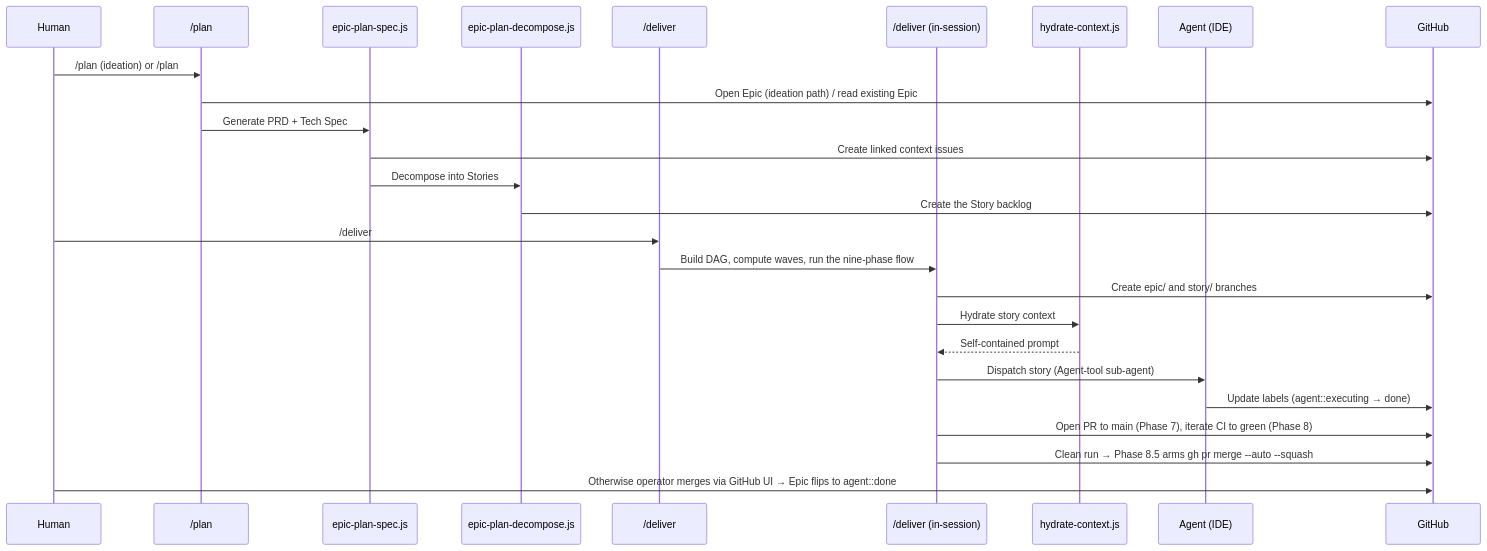
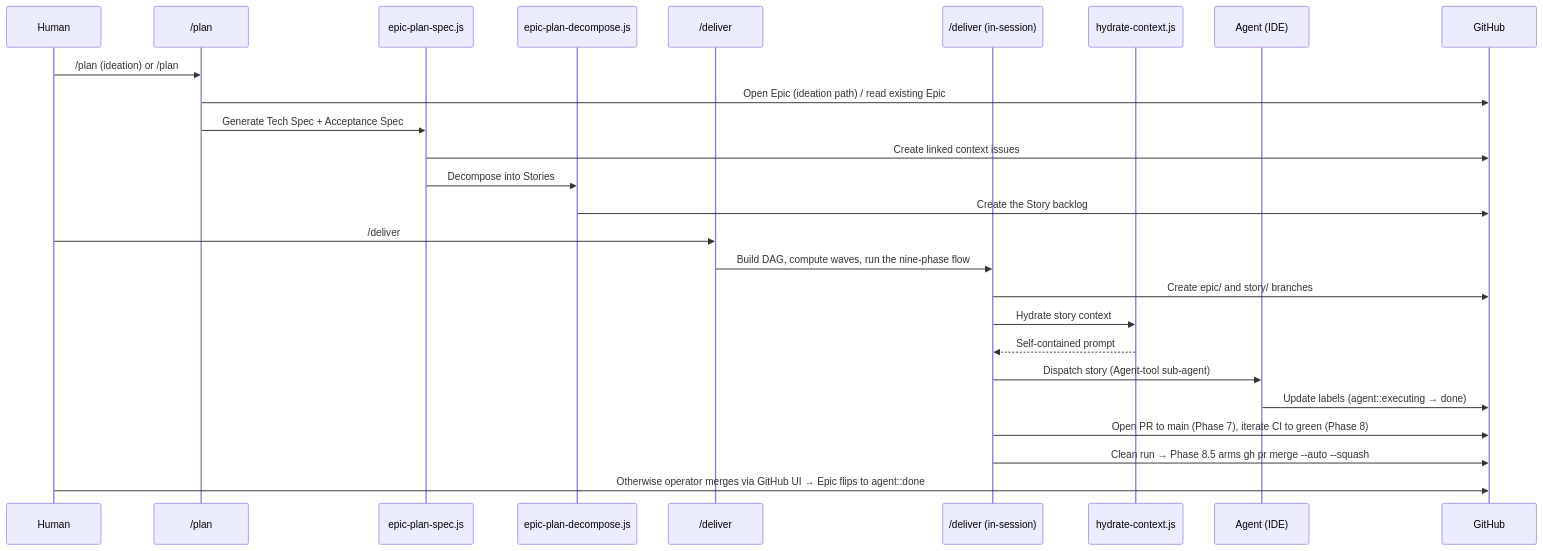
The sixth of 7 diagrams in docs/architecture.md (dsj1984/mandrel), drawn with Mermaid before and after one commit. The commit also changed other lines of this file and 112 other files, not shown here.

````diff
--- a/docs/architecture.md
+++ b/docs/architecture.md
@@ -578,30 +578,30 @@
 ```mermaid
 sequenceDiagram
     participant H as Human
     participant P as /plan
     participant EP as epic-plan-spec.js
     participant TD as epic-plan-decompose.js
     participant D as /deliver
     participant EDR as /deliver (in-session)
     participant CH as hydrate-context.js
     participant A as Agent (IDE)
     participant GH as GitHub
 
     H->>P: /plan (ideation) or /plan #EPIC
     P->>GH: Open Epic (ideation path) / read existing Epic
-    P->>EP: Generate PRD + Tech Spec
+    P->>EP: Generate Tech Spec + Acceptance Spec
     EP->>GH: Create linked context issues
     EP->>TD: Decompose into Stories
     TD->>GH: Create the Story backlog
 
     H->>D: /deliver #EPIC
     D->>EDR: Build DAG, compute waves, run the nine-phase flow
     EDR->>GH: Create epic/ and story/ branches
     EDR->>CH: Hydrate story context
     CH-->>EDR: Self-contained prompt
     EDR->>A: Dispatch story (Agent-tool sub-agent)
     A->>GH: Update labels (agent::executing → done)
     EDR->>GH: Open PR to main (Phase 7), iterate CI to green (Phase 8)
     EDR->>GH: Clean run → Phase 8.5 arms gh pr merge --auto --squash
     H->>GH: Otherwise operator merges via GitHub UI → Epic flips to agent::done
 ```
````
